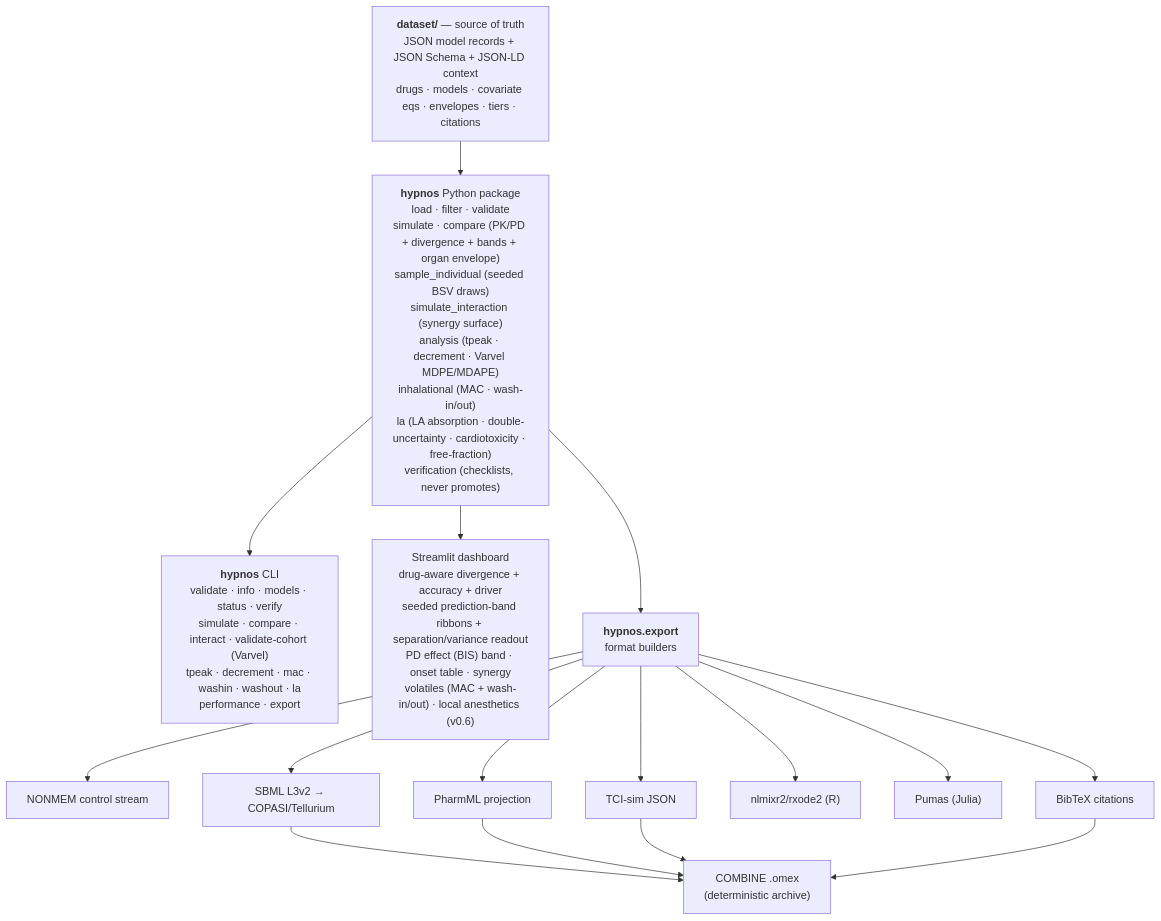
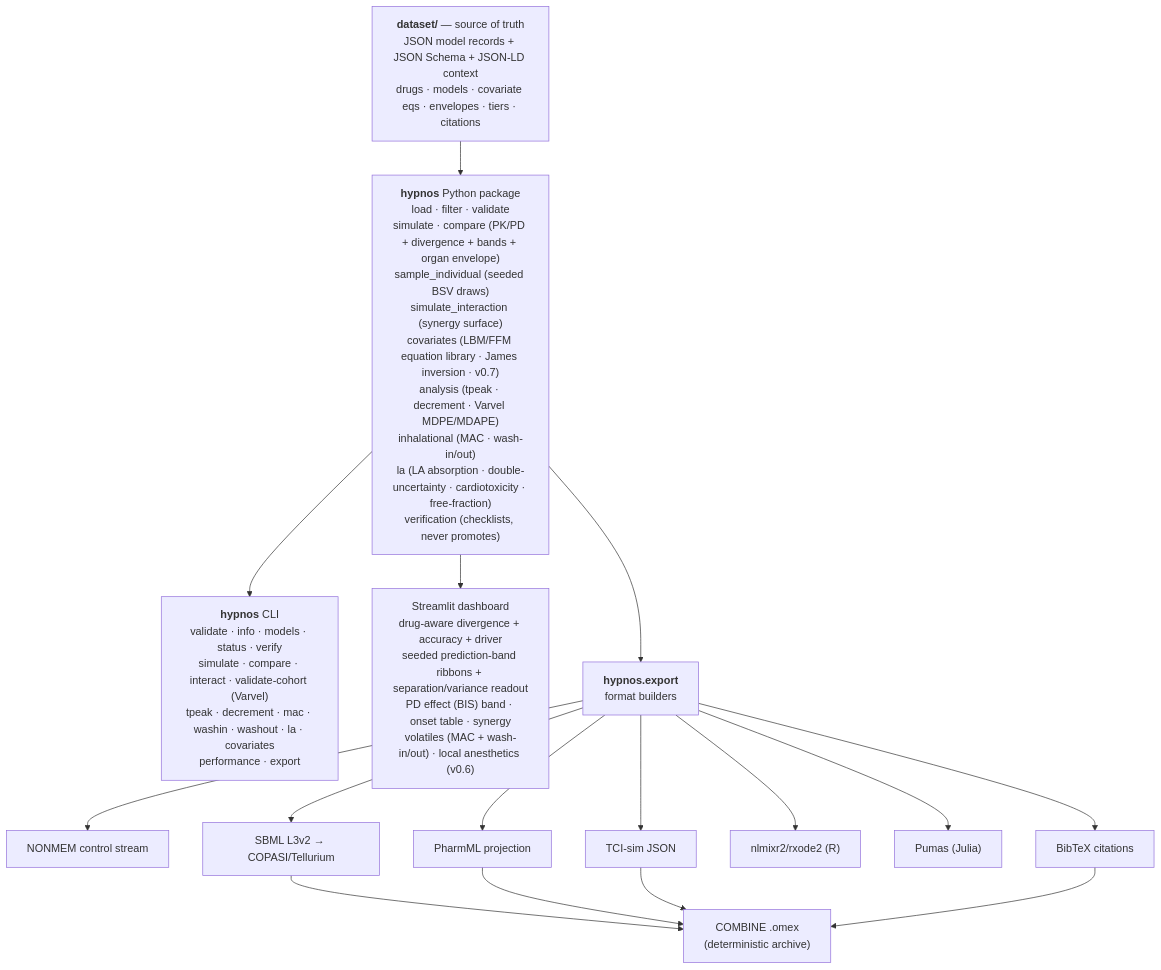
The first of 3 diagrams in README.md (clay-good/hypnos), drawn with Mermaid before and after one commit. The commit also changed other lines of this file and 32 other files, not shown here.

````diff
--- a/README.md
+++ b/README.md
@@ -465,19 +489,19 @@
 ```mermaid
 flowchart TD
     DS["<b>dataset/</b> — source of truth<br/>JSON model records + JSON Schema + JSON-LD context<br/>drugs · models · covariate eqs · envelopes · tiers · citations"]
-    DS --> PKG["<b>hypnos</b> Python package<br/>load · filter · validate<br/>simulate · compare (PK/PD + divergence + bands + organ envelope)<br/>sample_individual (seeded BSV draws)<br/>simulate_interaction (synergy surface)<br/>analysis (tpeak · decrement · Varvel MDPE/MDAPE)<br/>inhalational (MAC · wash-in/out)<br/>la (LA absorption · double-uncertainty · cardiotoxicity · free-fraction)<br/>verification (checklists, never promotes)"]
-    PKG --> CLI["<b>hypnos</b> CLI<br/>validate · info · models · status · verify<br/>simulate · compare · interact · validate-cohort (Varvel)<br/>tpeak · decrement · mac · washin · washout · la<br/>performance · export"]
+    DS --> PKG["<b>hypnos</b> Python package<br/>load · filter · validate<br/>simulate · compare (PK/PD + divergence + bands + organ envelope)<br/>sample_individual (seeded BSV draws)<br/>simulate_interaction (synergy surface)<br/>covariates (LBM/FFM equation library · James inversion · v0.7)<br/>analysis (tpeak · decrement · Varvel MDPE/MDAPE)<br/>inhalational (MAC · wash-in/out)<br/>la (LA absorption · double-uncertainty · cardiotoxicity · free-fraction)<br/>verification (checklists, never promotes)"]
+    PKG --> CLI["<b>hypnos</b> CLI<br/>validate · info · models · status · verify<br/>simulate · compare · interact · validate-cohort (Varvel)<br/>tpeak · decrement · mac · washin · washout · la · covariates<br/>performance · export"]
     PKG --> DASH["Streamlit dashboard<br/>drug-aware divergence + accuracy + driver<br/>seeded prediction-band ribbons + separation/variance readout<br/>PD effect (BIS) band · onset table · synergy<br/>volatiles (MAC + wash-in/out) · local anesthetics (v0.6)"]
     PKG --> EXP["<b>hypnos.export</b><br/>format builders"]
     EXP --> NM["NONMEM control stream"]
     EXP --> PHARMML["PharmML projection"]
     EXP --> SBML["SBML L3v2 → COPASI/Tellurium"]
     EXP --> TCIJSON["TCI-sim JSON"]
     EXP --> RX["nlmixr2/rxode2 (R)"]
     EXP --> PUMAS["Pumas (Julia)"]
     EXP --> BIB["BibTeX citations"]
     SBML --> OMEX["COMBINE .omex<br/>(deterministic archive)"]
     PHARMML --> OMEX
     TCIJSON --> OMEX
     BIB --> OMEX
 ```
````
